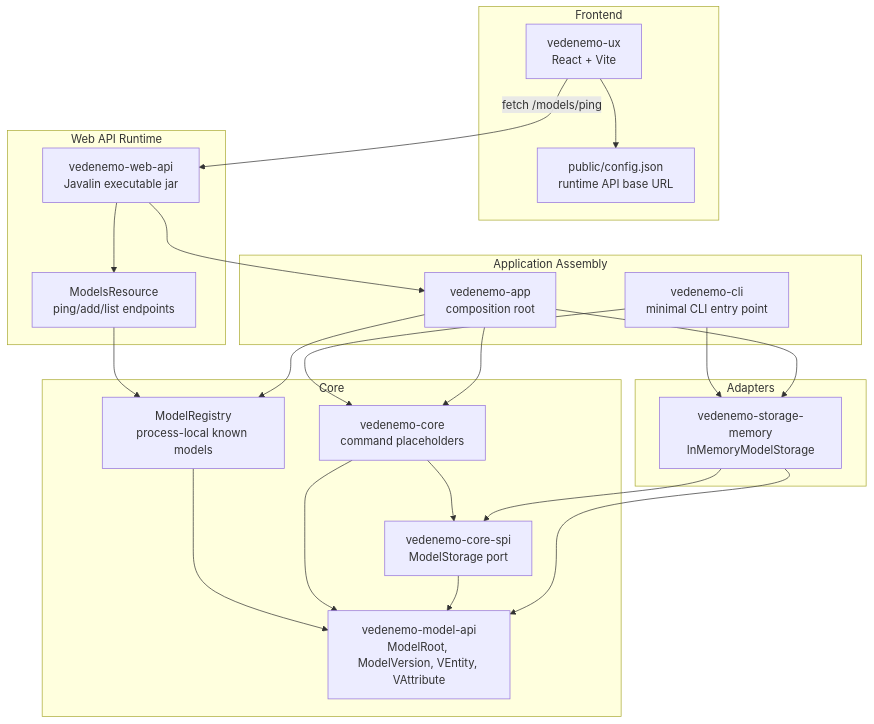
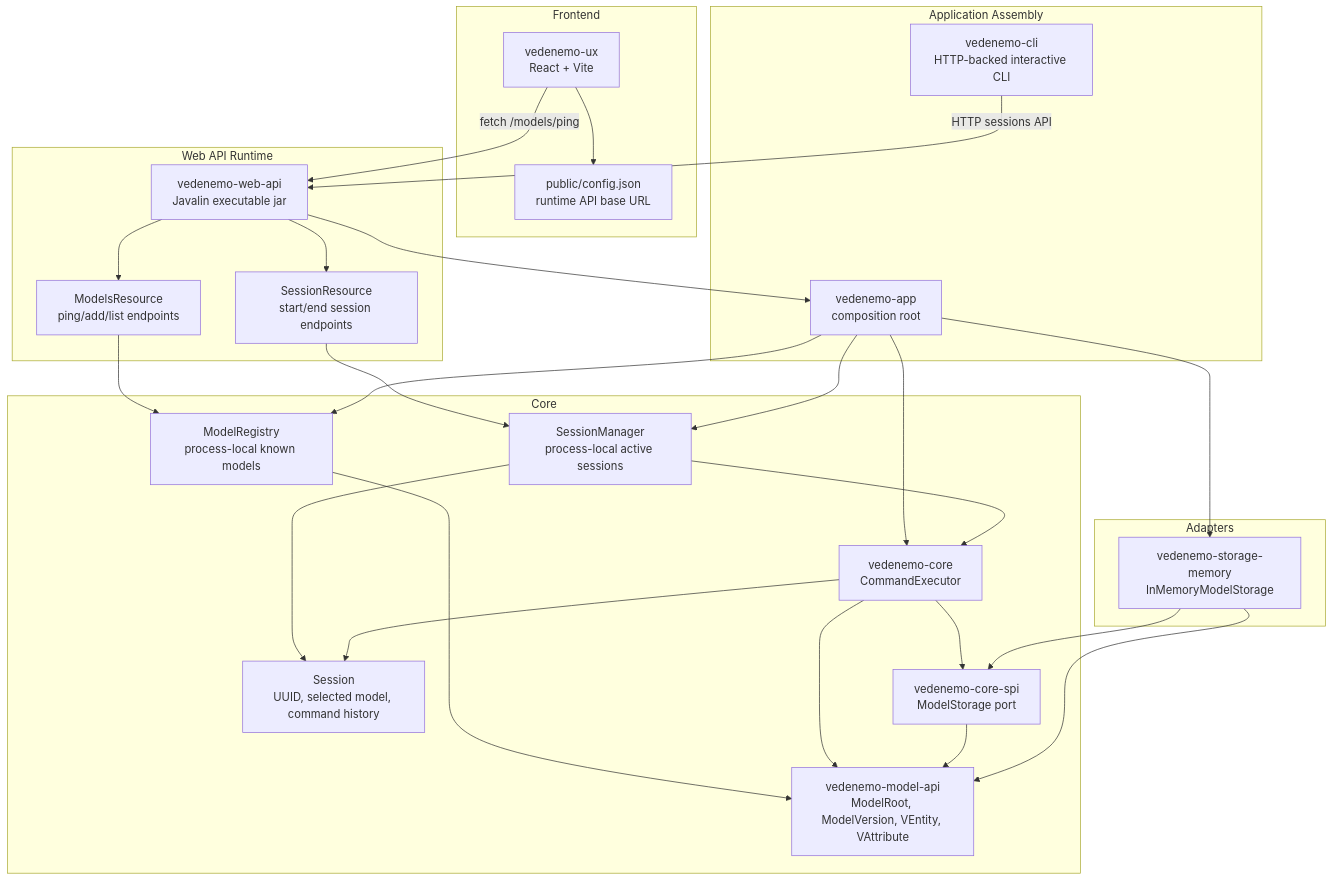
The first of 5 diagrams in docs/architecture_doc.md (VedenemoDev/VedenemoMonorepo), drawn with Mermaid before and after one commit. The commit also changed other lines of this file and 21 other files, not shown here.

First line of the commit message:
Add HTTP-backed CLI sessions

````diff
--- a/docs/architecture_doc.md
+++ b/docs/architecture_doc.md
@@ -14,46 +14,54 @@
 ```mermaid
 flowchart TB
 
 subgraph UX["Frontend"]
     ViteUX["vedenemo-ux<br/>React + Vite"]
     RuntimeConfig["public/config.json<br/>runtime API base URL"]
 end
 
 subgraph Web["Web API Runtime"]
     WebApi["vedenemo-web-api<br/>Javalin executable jar"]
     ModelsResource["ModelsResource<br/>ping/add/list endpoints"]
+    SessionResource["SessionResource<br/>start/end session endpoints"]
 end
 
 subgraph App["Application Assembly"]
     AppRoot["vedenemo-app<br/>composition root"]
-    Cli["vedenemo-cli<br/>minimal CLI entry point"]
+    Cli["vedenemo-cli<br/>HTTP-backed interactive CLI"]
 end
 
 subgraph Core["Core"]
-    CoreModule["vedenemo-core<br/>command placeholders"]
+    CoreModule["vedenemo-core<br/>CommandExecutor"]
+    SessionManager["SessionManager<br/>process-local active sessions"]
+    Session["Session<br/>UUID, selected model, command history"]
     ModelRegistry["ModelRegistry<br/>process-local known models"]
     Spi["vedenemo-core-spi<br/>ModelStorage port"]
     ModelApi["vedenemo-model-api<br/>ModelRoot, ModelVersion, VEntity, VAttribute"]
 end
 
 subgraph Adapters["Adapters"]
     MemoryStorage["vedenemo-storage-memory<br/>InMemoryModelStorage"]
 end
 
 ViteUX --> RuntimeConfig
 ViteUX -->|fetch /models/ping| WebApi
+Cli -->|HTTP sessions API| WebApi
 WebApi --> ModelsResource
+WebApi --> SessionResource
 WebApi --> AppRoot
 ModelsResource --> ModelRegistry
-Cli --> CoreModule
-Cli --> MemoryStorage
+SessionResource --> SessionManager
 AppRoot --> CoreModule
 AppRoot --> ModelRegistry
+AppRoot --> SessionManager
 AppRoot --> MemoryStorage
+SessionManager --> Session
+SessionManager --> CoreModule
 ModelRegistry --> ModelApi
 CoreModule --> Spi
 CoreModule --> ModelApi
+CoreModule --> Session
 Spi --> ModelApi
 MemoryStorage --> Spi
 MemoryStorage --> ModelApi
 ```
````
